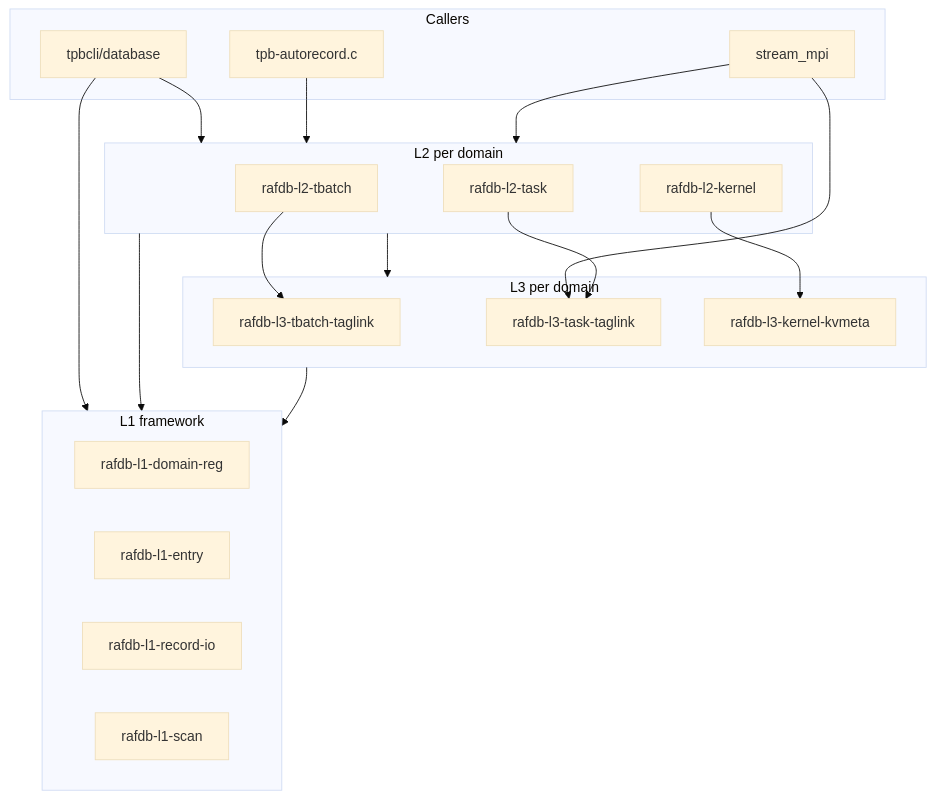
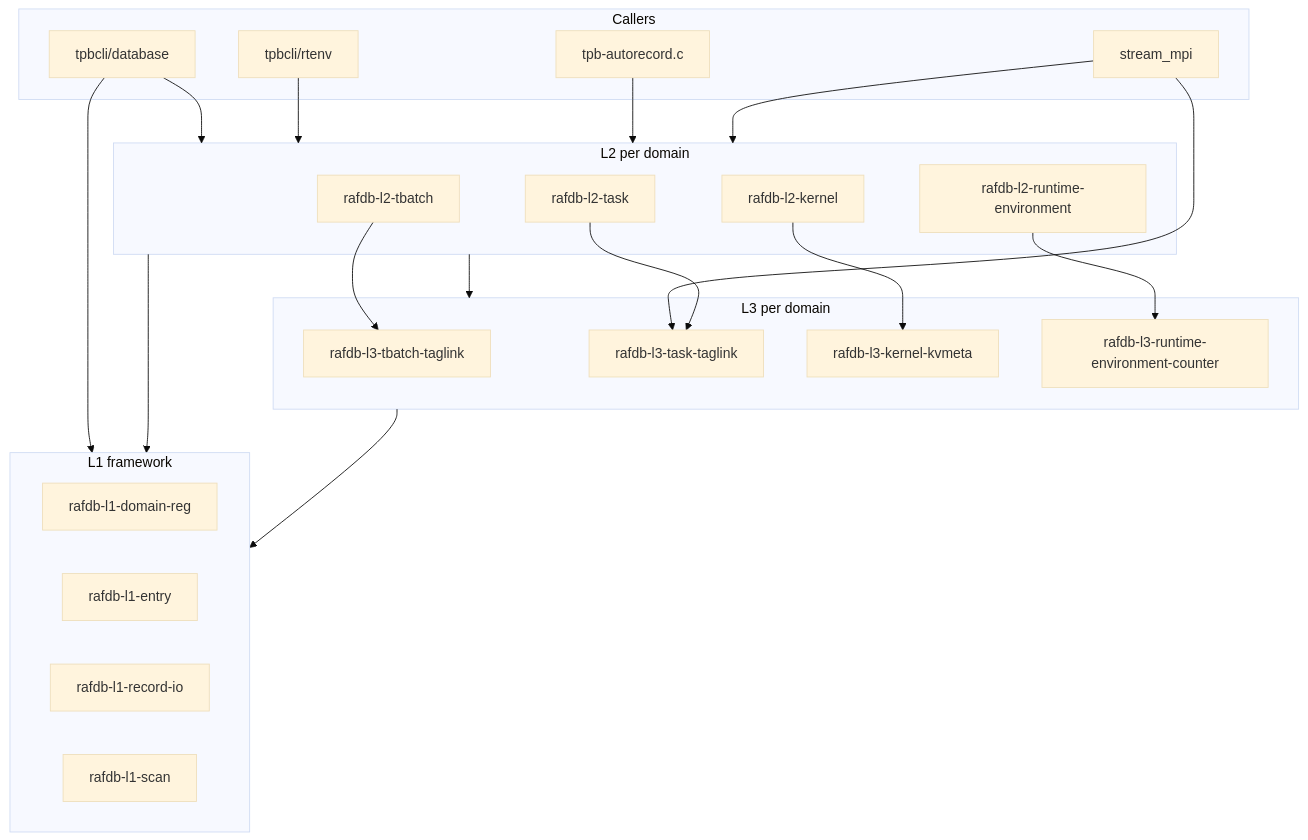
Before and after one commit to KeyLiaoHPC/TPBench: the diagram in docs/design/rafdb_architecture.md, drawn with Mermaid (base theme). The commit also changed other lines of this file and 5 other files, not shown here.

````diff
--- a/docs/design/rafdb_architecture.md
+++ b/docs/design/rafdb_architecture.md
@@ -47,39 +53,44 @@
 ```mermaid
 flowchart TB
     subgraph callers [Callers]
         CLI[tpbcli/database]
+        RTEnvCLI[tpbcli/rtenv]
         AutoRec[tpb-autorecord.c]
         MPI[stream_mpi]
     end
 
     subgraph L2 [L2 per domain]
         TB[rafdb-l2-tbatch]
         K[rafdb-l2-kernel]
         T[rafdb-l2-task]
+        RTE[rafdb-l2-runtime-environment]
     end
 
     subgraph L1 [L1 framework]
         Reg[rafdb-l1-domain-reg]
         Entry[rafdb-l1-entry]
         RecIO[rafdb-l1-record-io]
         Scan[rafdb-l1-scan]
     end
 
     subgraph L3 [L3 per domain]
         TBTag[rafdb-l3-tbatch-taglink]
         TTag[rafdb-l3-task-taglink]
         KKv[rafdb-l3-kernel-kvmeta]
+        RTECnt[rafdb-l3-runtime-environment-counter]
     end
 
     CLI --> L1
     CLI --> L2
+    RTEnvCLI --> L2
     AutoRec --> L2
     MPI --> L2
     MPI --> TTag
     L2 --> L1
     L2 --> L3
     L3 --> L1
     TB --> TBTag
     T --> TTag
     K --> KKv
+    RTE --> RTECnt
 ```
````
